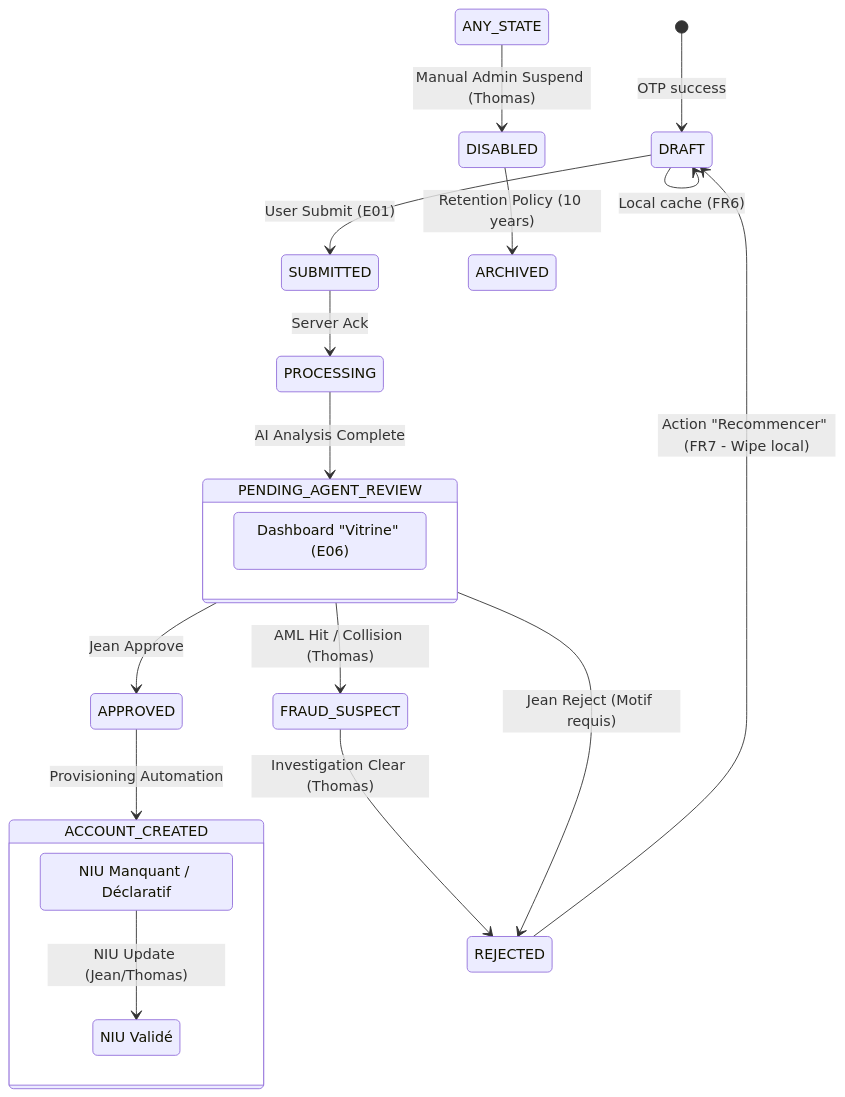
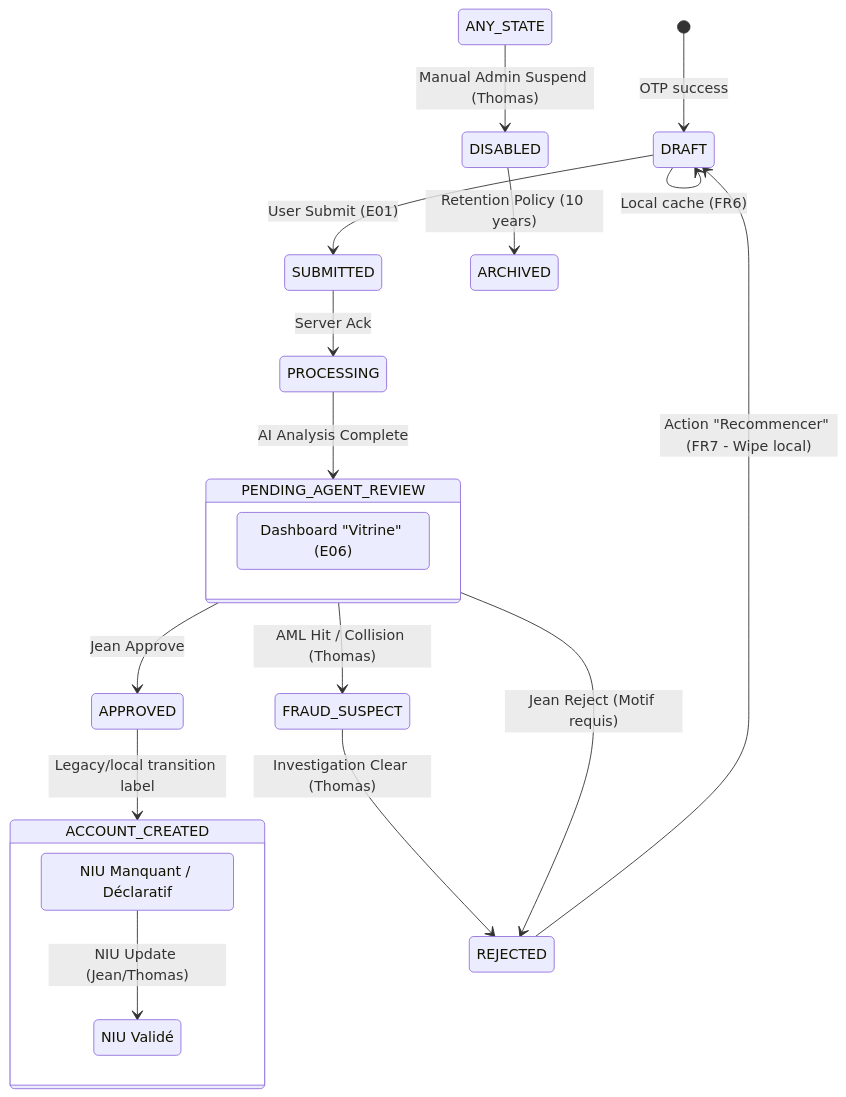
One commit to Ken-Andre/bicec-veripass changed the diagram in docs/adr/ADR-001-etats-acces-transitions.md. Above: the diagram before and after it, drawn with Mermaid. The commit also changed other lines of this file and 108 other files, not shown here.

````diff
--- a/docs/adr/ADR-001-etats-acces-transitions.md
+++ b/docs/adr/ADR-001-etats-acces-transitions.md
@@ -30,32 +32,32 @@
 ```mermaid
 stateDiagram-v2
     [*] --> DRAFT : OTP success
     DRAFT --> DRAFT : Local cache (FR6)
     DRAFT --> SUBMITTED : User Submit (E01)
     
     SUBMITTED --> PROCESSING : Server Ack
     PROCESSING --> PENDING_AGENT_REVIEW : AI Analysis Complete
     
     state PENDING_AGENT_REVIEW {
         RESTRICTED_ACCESS : Dashboard "Vitrine" (E06)
     }
 
     PENDING_AGENT_REVIEW --> APPROVED : Jean Approve
     PENDING_AGENT_REVIEW --> REJECTED : Jean Reject (Motif requis)
     PENDING_AGENT_REVIEW --> FRAUD_SUSPECT : AML Hit / Collision (Thomas)
 
-    APPROVED --> ACCOUNT_CREATED : Provisioning Automation
+    APPROVED --> ACCOUNT_CREATED : Legacy/local transition label
     
     state ACCOUNT_CREATED {
         LIMITED_ACCESS : NIU Manquant / Déclaratif
         FULL_ACCESS : NIU Validé
     }
     
     LIMITED_ACCESS --> FULL_ACCESS : NIU Update (Jean/Thomas)
     
     REJECTED --> DRAFT : Action "Recommencer" (FR7 - Wipe local)
     FRAUD_SUSPECT --> REJECTED : Investigation Clear (Thomas)
     
     ANY_STATE --> DISABLED : Manual Admin Suspend (Thomas)
     DISABLED --> ARCHIVED : Retention Policy (10 years)
 ```
````
